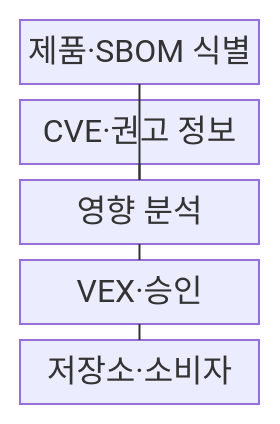
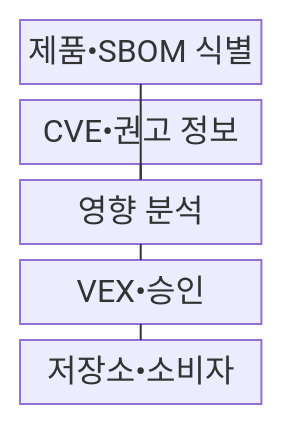
The first of 2 diagrams in src/content/docs/notes/03-software/184_vex.md (agnusdei1207/knowledge-base), drawn with Mermaid before and after one commit. The commit also changed other lines of this file and 953 other files, not shown here.

````diff
--- a/src/content/docs/notes/03-software/184_vex.md
+++ b/src/content/docs/notes/03-software/184_vex.md
@@ -72,13 +72,13 @@
 ```mermaid
 block
     columns 1
-    A["제품·SBOM 식별"]
-    B["CVE·권고 정보"]
+    A["제품•SBOM 식별"]
+    B["CVE•권고 정보"]
     C["영향 분석"]
-    D["VEX·승인"]
-    E["저장소·소비자"]
+    D["VEX•승인"]
+    E["저장소•소비자"]
     A --- C
     B --- C
     C --- D
     D --- E
 ```
````
